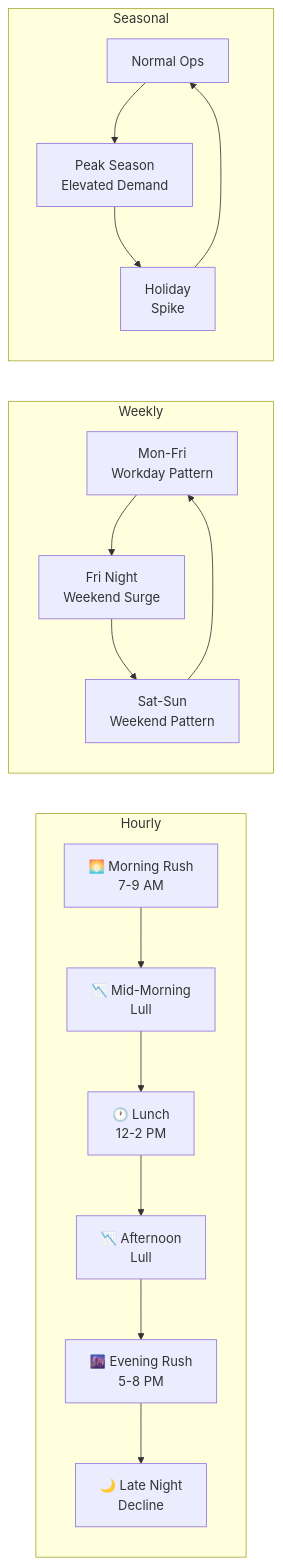
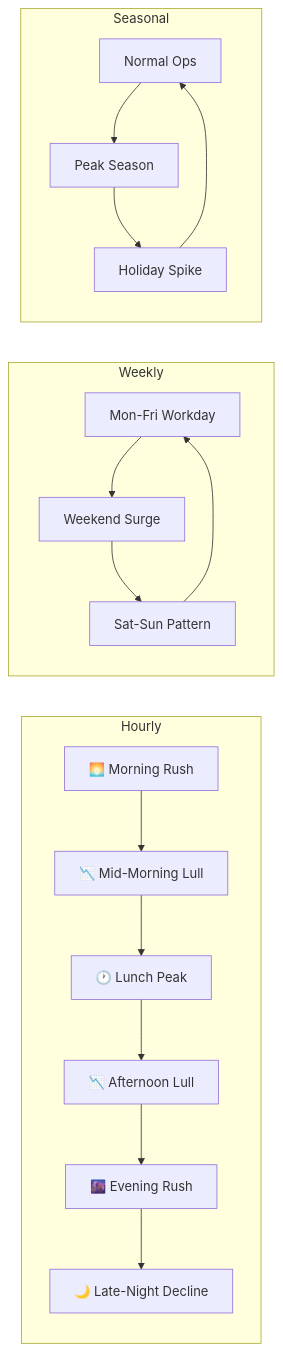
Before and after one commit to rishikeshdhokare/platform-manifesto: the first of 4 diagrams in 04-infrastructure-and-cloud/06-capacity-planning.md, drawn with Mermaid. The commit also changed other lines of this file and 12 other files, not shown here.

First line of the commit message:
fix: refactor Mermaid diagrams for compliance (#135)

````diff
--- a/04-infrastructure-and-cloud/06-capacity-planning.md
+++ b/04-infrastructure-and-cloud/06-capacity-planning.md
@@ -46,23 +48,23 @@
 ```mermaid
 flowchart LR
     subgraph Hourly
-        H1[🌅 Morning Rush\n7-9 AM] --> H2[📉 Mid-Morning\nLull]
-        H2 --> H3[🕐 Lunch\n12-2 PM]
-        H3 --> H4[📉 Afternoon\nLull]
-        H4 --> H5[🌆 Evening Rush\n5-8 PM]
-        H5 --> H6[🌙 Late Night\nDecline]
+        H1[🌅 Morning Rush] --> H2[📉 Mid-Morning Lull]
+        H2 --> H3[🕐 Lunch Peak]
+        H3 --> H4[📉 Afternoon Lull]
+        H4 --> H5[🌆 Evening Rush]
+        H5 --> H6[🌙 Late-Night Decline]
     end
 
     subgraph Weekly
-        W1[Mon-Fri\nWorkday Pattern] --> W2[Fri Night\nWeekend Surge]
-        W2 --> W3[Sat-Sun\nWeekend Pattern]
+        W1[Mon-Fri Workday] --> W2[Weekend Surge]
+        W2 --> W3[Sat-Sun Pattern]
         W3 --> W1
     end
 
     subgraph Seasonal
-        S1[Normal Ops] --> S2[Peak Season\nElevated Demand]
-        S2 --> S3[Holiday\nSpike]
+        S1[Normal Ops] --> S2[Peak Season]
+        S2 --> S3[Holiday Spike]
         S3 --> S1
     end
 
 ```
````
